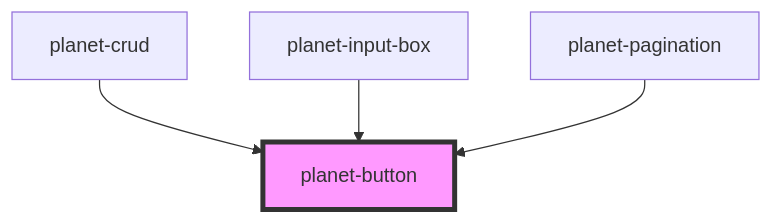
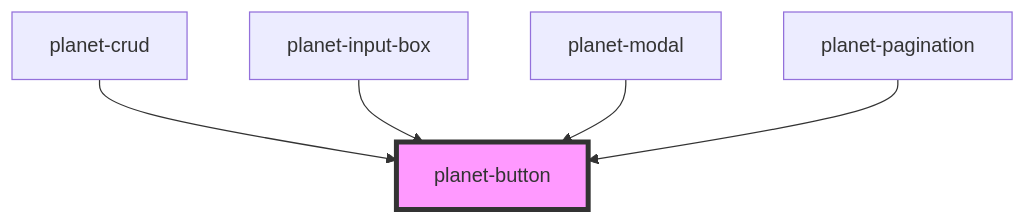
One commit to siteplanet/planet-css changed the diagram in src/components/planet-button/readme.md. Above: the diagram before and after it, drawn with Mermaid. The commit also changed other lines of this file and 19 other files, not shown here.

````diff
--- a/src/components/planet-button/readme.md
+++ b/src/components/planet-button/readme.md
@@ -29,7 +31,8 @@
 ```mermaid
 graph TD;
   planet-crud --> planet-button
   planet-input-box --> planet-button
+  planet-modal --> planet-button
   planet-pagination --> planet-button
   style planet-button fill:#f9f,stroke:#333,stroke-width:4px
 ```
````
